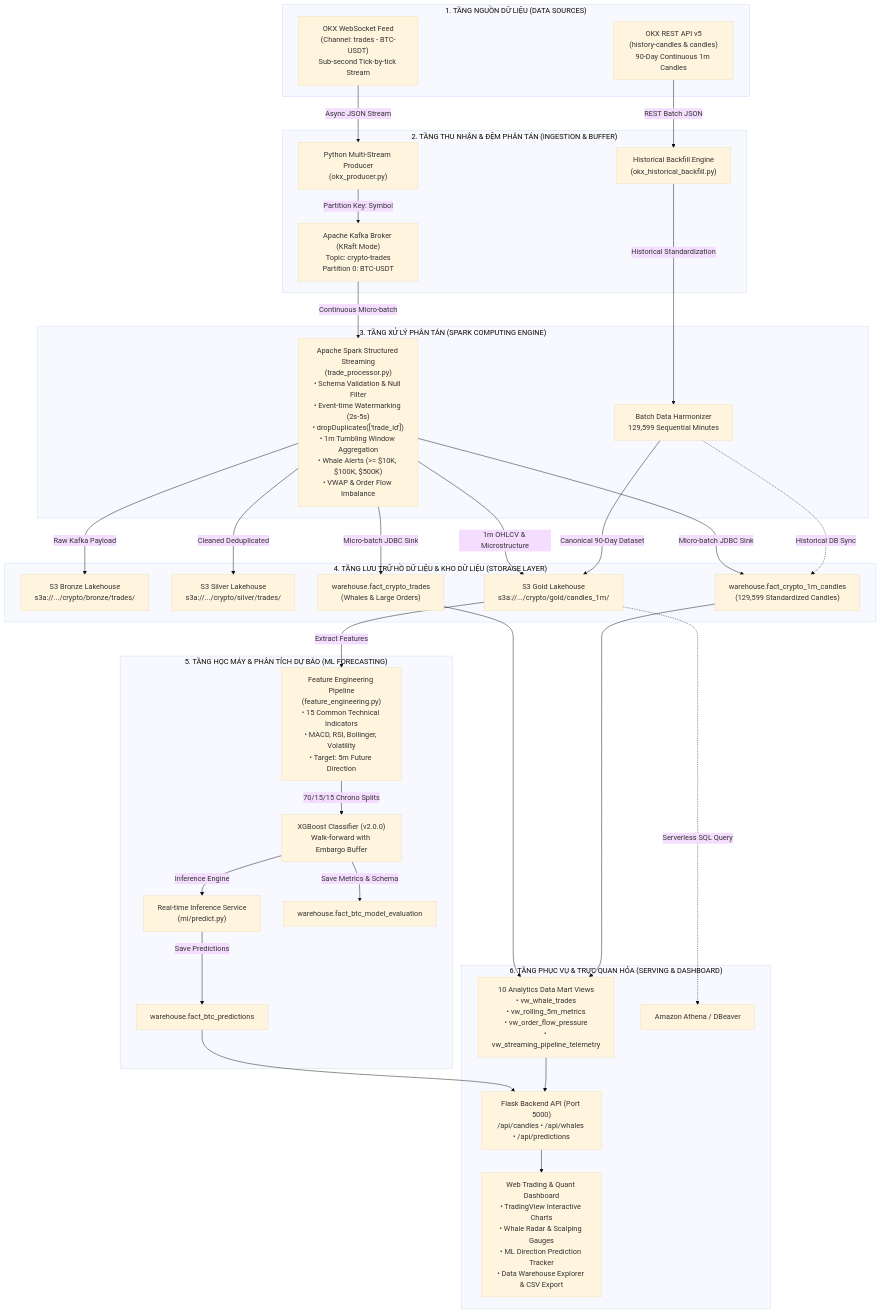
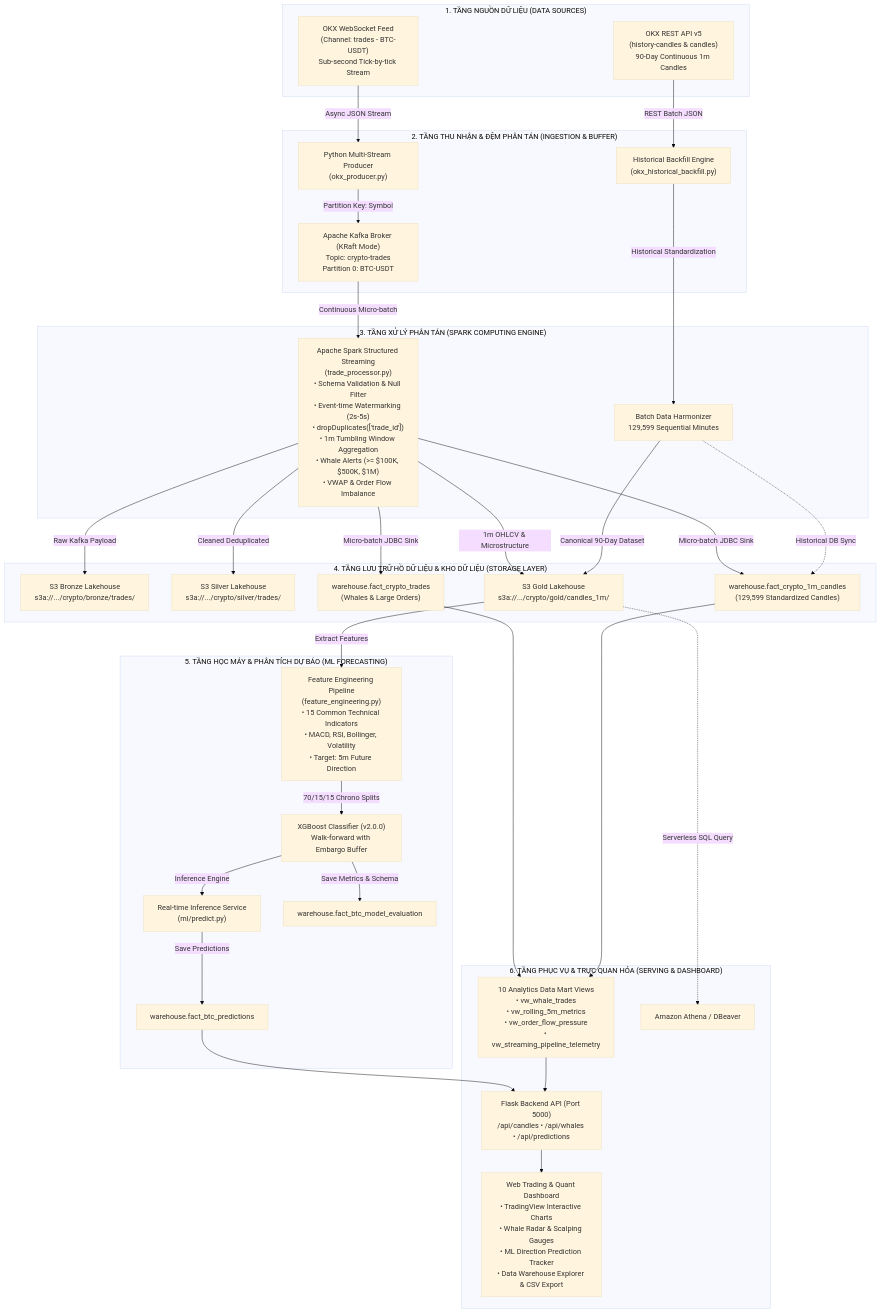
Before and after one commit to thanhduc0609/Crypto-bigdata: the diagram in docs/README_REPORT.md, drawn with Mermaid (base theme). The commit also changed other lines of this file and 16 other files, not shown here.

````diff
--- a/docs/README_REPORT.md
+++ b/docs/README_REPORT.md
@@ -361,46 +361,46 @@
 ```mermaid
 flowchart TD
     subgraph S1["1. TẦNG NGUỒN DỮ LIỆU (DATA SOURCES)"]
         OKX_WS["OKX WebSocket Feed<br/>(Channel: trades - BTC-USDT)<br/>Sub-second Tick-by-tick Stream"]
         OKX_REST["OKX REST API v5<br/>(history-candles & candles)<br/>90-Day Continuous 1m Candles"]
     end
 
     subgraph S2["2. TẦNG THU NHẬN & ĐỆM PHÂN TÁN (INGESTION & BUFFER)"]
         OKX_WS -->|Async JSON Stream| PRODUCER["Python Multi-Stream Producer<br/>(okx_producer.py)"]
         PRODUCER -->|Partition Key: Symbol| KAFKA["Apache Kafka Broker (KRaft Mode)<br/>Topic: crypto-trades<br/>Partition 0: BTC-USDT"]
         OKX_REST -->|REST Batch JSON| BACKFILL["Historical Backfill Engine<br/>(okx_historical_backfill.py)"]
     end
 
     subgraph S3["3. TẦNG XỬ LÝ PHÂN TÁN (SPARK COMPUTING ENGINE)"]
-        KAFKA -->|Continuous Micro-batch| SPARK_STREAM["Apache Spark Structured Streaming<br/>(trade_processor.py)<br/>• Schema Validation & Null Filter<br/>• Event-time Watermarking (2s-5s)<br/>• dropDuplicates(['trade_id'])<br/>• 1m Tumbling Window Aggregation<br/>• Whale Alerts (>= $10K, $100K, $500K)<br/>• VWAP & Order Flow Imbalance"]
+        KAFKA -->|Continuous Micro-batch| SPARK_STREAM["Apache Spark Structured Streaming<br/>(trade_processor.py)<br/>• Schema Validation & Null Filter<br/>• Event-time Watermarking (2s-5s)<br/>• dropDuplicates(['trade_id'])<br/>• 1m Tumbling Window Aggregation<br/>• Whale Alerts (>= $100K, $500K, $1M)<br/>• VWAP & Order Flow Imbalance"]
         BACKFILL -->|Historical Standardization| SPARK_BATCH["Batch Data Harmonizer<br/>129,599 Sequential Minutes"]
     end
 
     subgraph S4["4. TẦNG LƯU TRỮ HỒ DỮ LIỆU & KHO DỮ LIỆU (STORAGE LAYER)"]
         SPARK_STREAM -->|Raw Kafka Payload| S3_BRONZE["S3 Bronze Lakehouse<br/>s3a://.../crypto/bronze/trades/"]
         SPARK_STREAM -->|Cleaned Deduplicated| S3_SILVER["S3 Silver Lakehouse<br/>s3a://.../crypto/silver/trades/"]
         SPARK_STREAM -->|1m OHLCV & Microstructure| S3_GOLD["S3 Gold Lakehouse<br/>s3a://.../crypto/gold/candles_1m/"]
         SPARK_BATCH -->|Canonical 90-Day Dataset| S3_GOLD
         
         SPARK_STREAM -->|Micro-batch JDBC Sink| PG_FACT_TRADES["warehouse.fact_crypto_trades<br/>(Whales & Large Orders)"]
         SPARK_STREAM -->|Micro-batch JDBC Sink| PG_FACT_CANDLES["warehouse.fact_crypto_1m_candles<br/>(129,599 Standardized Candles)"]
         SPARK_BATCH -.->|Historical DB Sync| PG_FACT_CANDLES
     end
 
     subgraph S5["5. TẦNG HỌC MÁY & PHÂN TÍCH DỰ BÁO (ML FORECASTING)"]
         S3_GOLD -->|Extract Features| FEATURE_ENG["Feature Engineering Pipeline<br/>(feature_engineering.py)<br/>• 15 Common Technical Indicators<br/>• MACD, RSI, Bollinger, Volatility<br/>• Target: 5m Future Direction"]
         FEATURE_ENG -->|70/15/15 Chrono Splits| XGBOOST["XGBoost Classifier (v2.0.0)<br/>Walk-forward with Embargo Buffer"]
         XGBOOST -->|Inference Engine| REALTIME_PRED["Real-time Inference Service<br/>(ml/predict.py)"]
         REALTIME_PRED -->|Save Predictions| PG_FACT_PRED["warehouse.fact_btc_predictions"]
         XGBOOST -->|Save Metrics & Schema| PG_FACT_EVAL["warehouse.fact_btc_model_evaluation"]
     end
 
     subgraph S6["6. TẦNG PHỤC VỤ & TRỰC QUAN HÓA (SERVING & DASHBOARD)"]
         PG_FACT_TRADES --> DW_VIEWS["10 Analytics Data Mart Views<br/>• vw_whale_trades<br/>• vw_rolling_5m_metrics<br/>• vw_order_flow_pressure<br/>• vw_streaming_pipeline_telemetry"]
         PG_FACT_CANDLES --> DW_VIEWS
         PG_FACT_PRED --> FLASK_API["Flask Backend API (Port 5000)<br/>/api/candles • /api/whales • /api/predictions"]
         DW_VIEWS --> FLASK_API
         FLASK_API --> DASHBOARD["Web Trading & Quant Dashboard<br/>• TradingView Interactive Charts<br/>• Whale Radar & Scalping Gauges<br/>• ML Direction Prediction Tracker<br/>• Data Warehouse Explorer & CSV Export"]
         S3_GOLD -.->|Serverless SQL Query| ATHENA["Amazon Athena / DBeaver"]
     end
 ```
````
